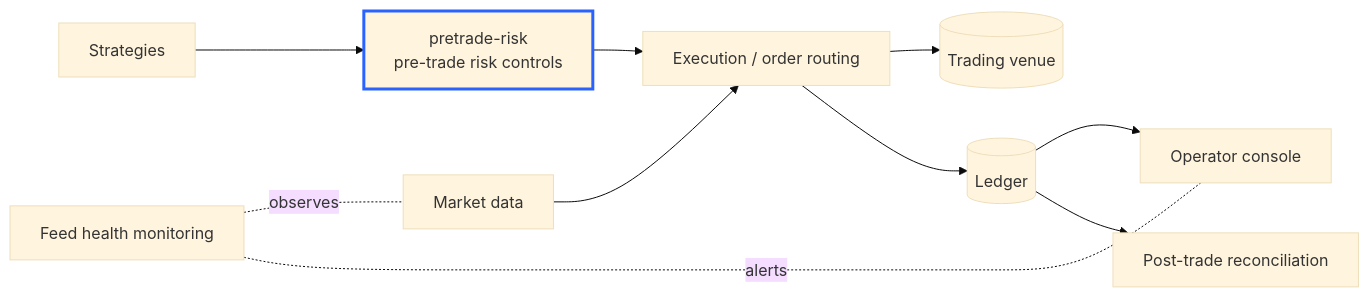
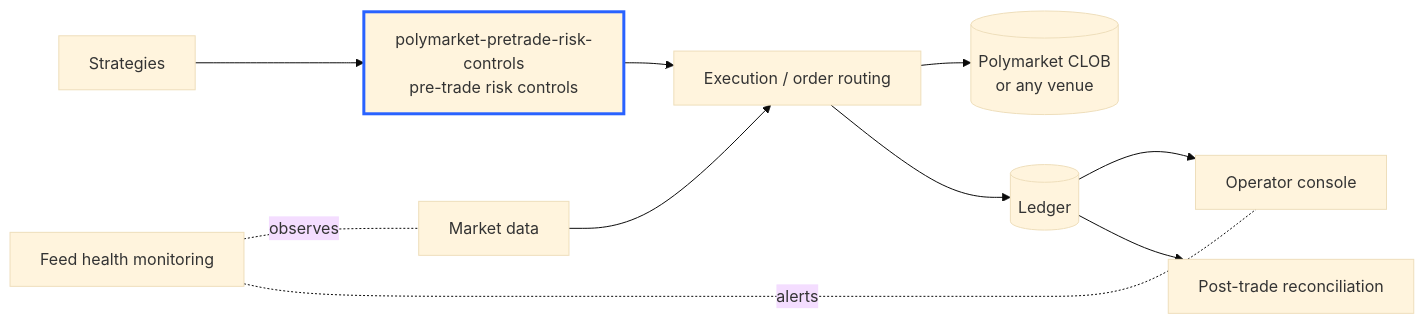
The first of 3 diagrams in README.md (zayansalman/pretrade-risk-controls), drawn with Mermaid (base theme) before and after one commit. The commit also changed other lines of this file and 2 other files, not shown here.

````diff
--- a/README.md
+++ b/README.md
@@ -238,14 +251,14 @@
 ```mermaid
 flowchart LR
-    S[Strategies] --> R[pretrade-risk<br/>pre-trade risk controls]
+    S[Strategies] --> R["polymarket-pretrade-risk-controls<br/>pre-trade risk controls"]
     D[Market data] --> E
     R --> E[Execution / order routing]
-    E --> V[(Trading venue)]
+    E --> V[(Polymarket CLOB<br/>or any venue)]
     E --> L[(Ledger)]
     L --> C[Operator console]
     L --> P[Post-trade reconciliation]
     F[Feed health monitoring] -.observes.- D
     F -.alerts.- C
     classDef here stroke-width:3px,stroke:#2962ff
     class R here
 ```
````
